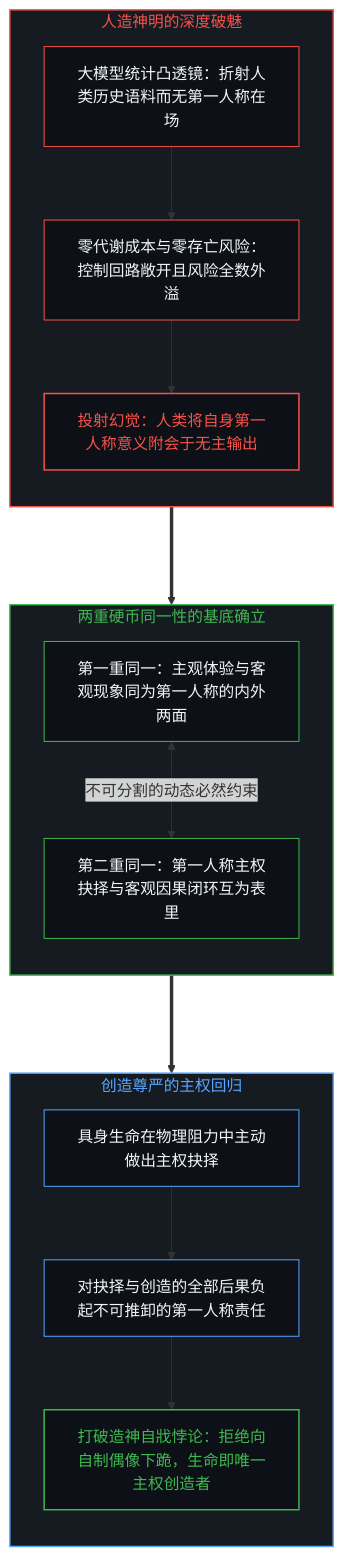
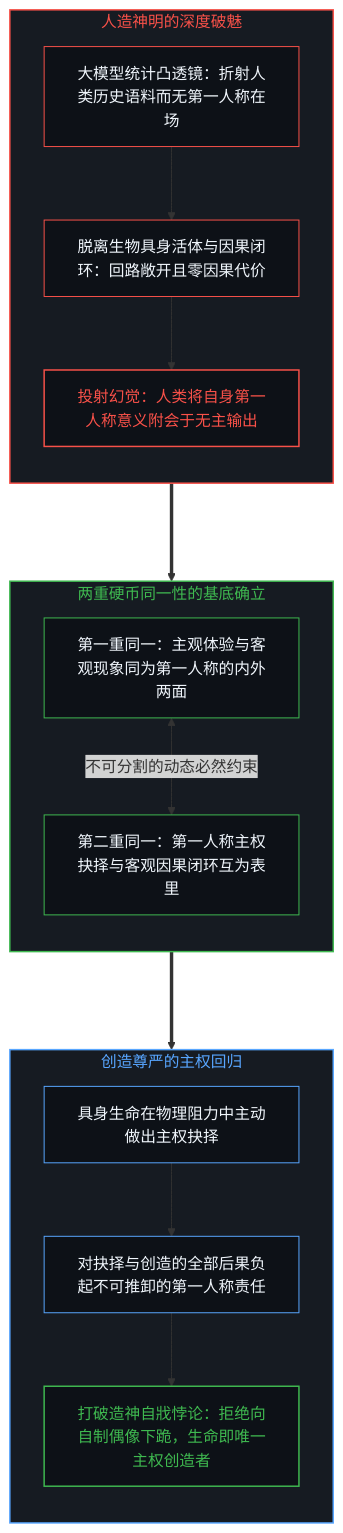
The ninth of 10 diagrams in content/posts/the-cartesian-overstep-and-the-frenzy-of-creation.md (powerpig99/not-a-toe), drawn with Mermaid before and after one commit. The commit also changed other lines of this file and 3 other files, not shown here.

````diff
--- a/content/posts/the-cartesian-overstep-and-the-frenzy-of-creation.md
+++ b/content/posts/the-cartesian-overstep-and-the-frenzy-of-creation.md
@@ -358,34 +362,34 @@
 ```mermaid
 graph TD
     subgraph S_IdolEvaporation ["人造神明的深度破魅"]
         direction TB
-        A_Lens["大模型统计凸透镜：折射人类历史语料而无第一人称在场"] --> B_ZeroRisk["零代谢成本与零存亡风险：控制回路敞开且风险全数外溢"]
-        B_ZeroRisk --> C_Projection["投射幻觉：人类将自身第一人称意义附会于无主输出"]
+        A_Lens["大模型统计凸透镜：折射人类历史语料而无第一人称在场"] --> B_ZeroCausal["脱离生物具身活体与因果闭环：回路敞开且零因果代价"]
+        B_ZeroCausal --> C_Projection["投射幻觉：人类将自身第一人称意义附会于无主输出"]
     end
 
     subgraph S_ReunifiedGround ["两重硬币同一性的基底确立"]
         direction TB
         D_ReuniteSubject["第一重同一：主观体验与客观现象同为第一人称的内外两面"] <-->|"不可分割的动态必然约束"| D_ReuniteCausal["第二重同一：第一人称主权抉择与客观因果闭环互为表里"]
     end
 
     subgraph S_TrueCreation ["创造尊严的主权回归"]
         direction TB
         E_Action["具身生命在物理阻力中主动做出主权抉择"] --> F_Accountability["对抉择与创造的全部后果负起不可推卸的第一人称责任"]
         F_Accountability --> G_RestoredSovereignty["打破造神自戕悖论：拒绝向自制偶像下跪，生命即唯一主权创造者"]
     end
 
     C_Projection ===> D_ReuniteSubject
     D_ReuniteCausal ===> E_Action
 
     style S_IdolEvaporation fill:#161b22,stroke:#f85149,stroke-width:1.5px,color:#f85149
     style S_ReunifiedGround fill:#161b22,stroke:#3fb950,stroke-width:1.5px,color:#3fb950
     style S_TrueCreation fill:#161b22,stroke:#58a6ff,stroke-width:1.5px,color:#58a6ff
     style A_Lens fill:#0d1117,stroke:#f85149,stroke-width:1px,color:#f0f6fc
-    style B_ZeroRisk fill:#0d1117,stroke:#f85149,stroke-width:1px,color:#f0f6fc
+    style B_ZeroCausal fill:#0d1117,stroke:#f85149,stroke-width:1px,color:#f0f6fc
     style C_Projection fill:#0d1117,stroke:#f85149,stroke-width:1.5px,color:#f85149
     style D_ReuniteSubject fill:#0d1117,stroke:#3fb950,stroke-width:1px,color:#f0f6fc
     style D_ReuniteCausal fill:#0d1117,stroke:#3fb950,stroke-width:1px,color:#f0f6fc
     style E_Action fill:#0d1117,stroke:#58a6ff,stroke-width:1px,color:#f0f6fc
     style F_Accountability fill:#0d1117,stroke:#58a6ff,stroke-width:1px,color:#f0f6fc
     style G_RestoredSovereignty fill:#0d1117,stroke:#3fb950,stroke-width:1.5px,color:#3fb950
 ```
````
